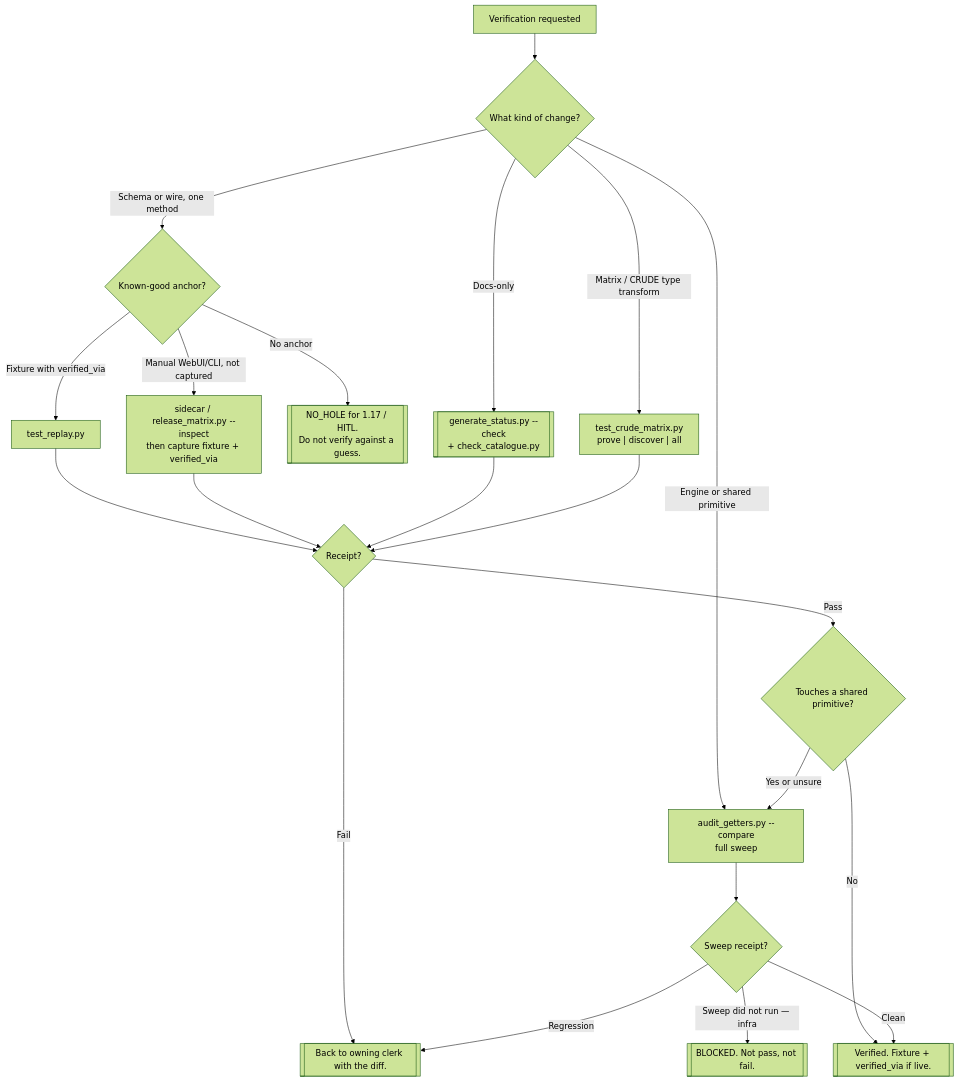
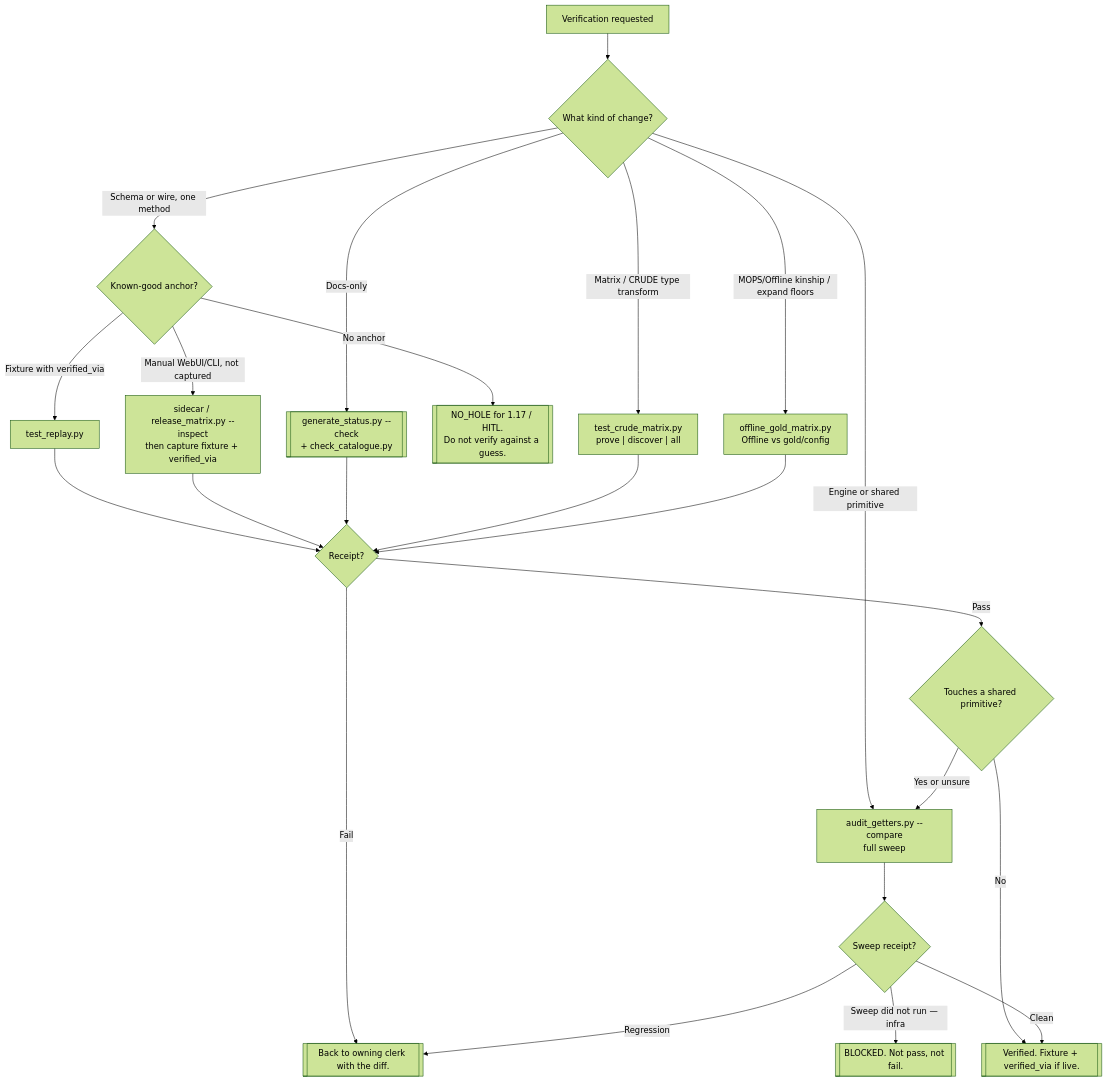
Before and after one commit to AdamRickards/crude-engine: the diagram in local/agents/test-bot/flow.md, drawn with Mermaid (forest theme). The commit also changed other lines of this file and 2 other files, not shown here.

First line of the commit message:
test: offline-vs-gold flow lane + expand floors (#167)

````diff
--- a/local/agents/test-bot/flow.md
+++ b/local/agents/test-bot/flow.md
@@ -5,23 +5,25 @@
 ```mermaid
 flowchart TD
     Start[Verification requested] --> Q1{What kind of change?}
     Q1 -->|Docs-only| Skip[["generate_status.py --check\n+ check_catalogue.py"]]
     Q1 -->|Schema or wire, one method| Q2{Known-good anchor?}
     Q1 -->|Engine or shared primitive| Full["audit_getters.py --compare\nfull sweep"]
     Q1 -->|Matrix / CRUDE type transform| Matrix["test_crude_matrix.py\nprove | discover | all"]
+    Q1 -->|MOPS/Offline kinship / expand floors| OfflineGold["offline_gold_matrix.py\nOffline vs gold/config"]
     Q2 -->|No anchor| Anchor[["NO_HOLE for 1.17 / HITL.\nDo not verify against a guess."]]
     Q2 -->|Fixture with verified_via| Replay["test_replay.py"]
     Q2 -->|Manual WebUI/CLI, not captured| Inspect["sidecar / release_matrix.py --inspect\nthen capture fixture + verified_via"]
     Replay --> Q3{Receipt?}
     Inspect --> Q3
     Skip --> Q3
     Matrix --> Q3
+    OfflineGold --> Q3
     Q3 -->|Fail| Back[["Back to owning clerk with the diff."]]
     Q3 -->|Pass| Q4{Touches a shared primitive?}
     Q4 -->|Yes or unsure| Full
     Q4 -->|No| Done[["Verified. Fixture + verified_via if live."]]
     Full --> Q5{Sweep receipt?}
     Q5 -->|Regression| Back
     Q5 -->|Sweep did not run — infra| Infra[["BLOCKED. Not pass, not fail."]]
     Q5 -->|Clean| Done
 ```
````
